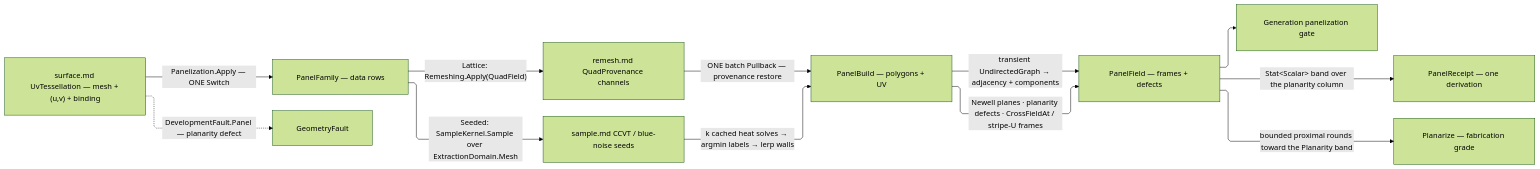
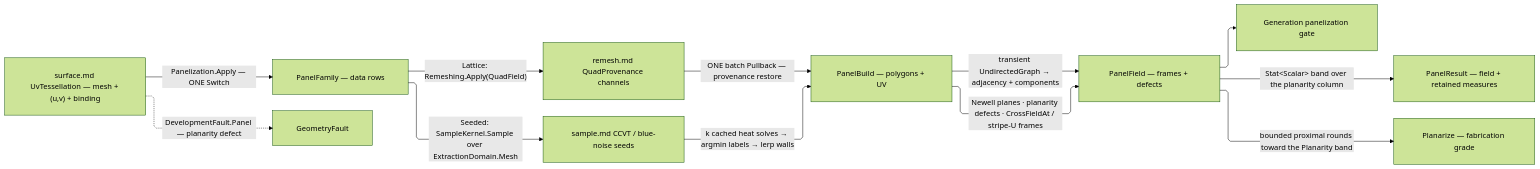
Before and after one commit to bsamiee/Rasm: the diagram in libs/dotnet/Rasm/.planning/Parametric/panelize.md, drawn with Mermaid (forest theme). The commit also changed other lines of this file and 1417 other files, not shown here.

````diff
--- a/libs/dotnet/Rasm/.planning/Parametric/panelize.md
+++ b/libs/dotnet/Rasm/.planning/Parametric/panelize.md
@@ -537,23 +533,23 @@
 ```mermaid
 ---
 config:
   layout: elk
   flowchart:
     curve: linear
     padding: 25
 ---
 flowchart LR
     accTitle: Panelization flow
     accDescr: PanelOp folds seeds through the cross-field remesh and pullback into the PanelField SoA wire with frames, planarity, adjacency, component, shape-class, and flip-parity columns.
     UvT["surface.md UvTessellation — mesh + (u,v) + binding"] -->|"Panelization.Apply — ONE Switch"| Family["PanelFamily — data rows"]
     Family -->|"Lattice: Remeshing.Apply(QuadField)"| Remesh["remesh.md QuadProvenance channels"]
     Remesh -->|"ONE batch Pullback — provenance restore"| Build["PanelBuild — polygons + UV"]
     Family -->|"Seeded: SampleKernel.Sample over ExtractionDomain.Mesh"| Seeds["sample.md CCVT / blue-noise seeds"]
     Seeds -->|"k cached heat solves → argmin labels → lerp walls"| Build
     Build -->|"Newell planes · planarity defects · CrossFieldAt / stripe-U frames"| Field["PanelField — frames + defects"]
     Build -->|"transient UndirectedGraph → adjacency + components"| Field
-    Field -->|"Stat&lt;Scalar&gt; band over the planarity column"| Receipt["PanelReceipt — one derivation"]
+    Field -->|"Stat&lt;Scalar&gt; band over the planarity column"| Result["PanelResult — field + retained measures"]
     Field -->|"bounded proximal rounds toward the Planarity band"| Planar["Planarize — fabrication grade"]
     Field --> Gate["Generation panelization gate"]
     UvT -.->|"DevelopmentFault.Panel — planarity defect"| GeometryFault
 ```
````
